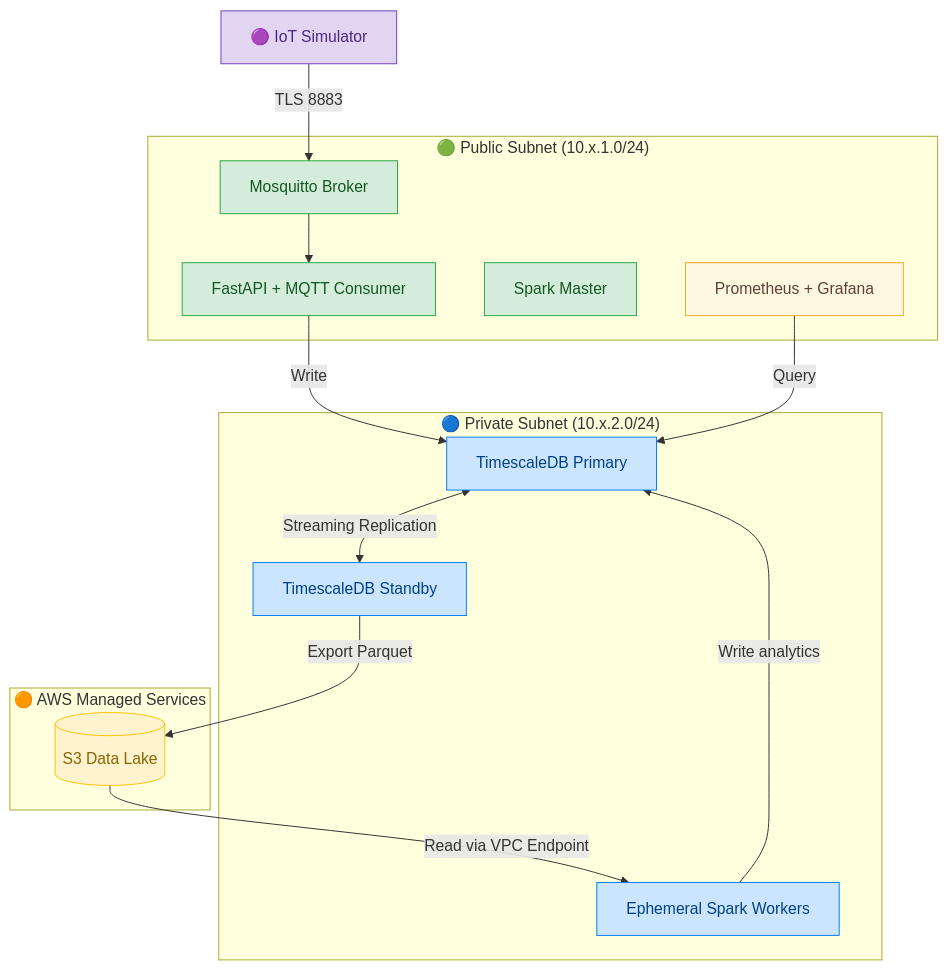
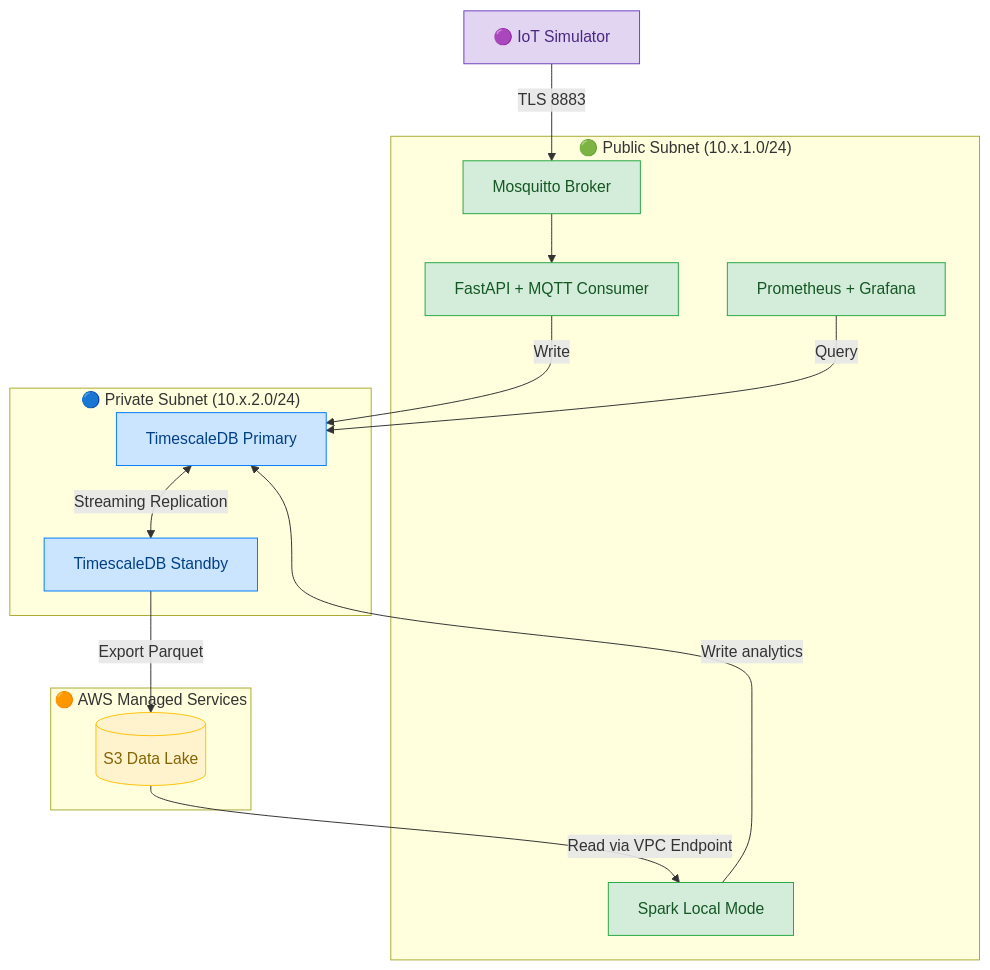
One commit to luqman126/factory-telemetry changed the second of 2 diagrams in README.md. Above: the diagram before and after it, drawn with Mermaid. The commit also changed other lines of this file and 2 other files, not shown here.

````diff
--- a/README.md
+++ b/README.md
@@ -100,39 +109,35 @@
 ```mermaid
 graph TD
     subgraph pub["🟢 Public Subnet (10.x.1.0/24)"]
         A[FastAPI + MQTT Consumer]
         B[Mosquitto Broker]
-        C[Spark Master]
+        C[Spark Local Mode]
         D[Prometheus + Grafana]
     end
 
     subgraph priv["🔵 Private Subnet (10.x.2.0/24)"]
         E[TimescaleDB Primary] <-->|Streaming Replication| F[TimescaleDB Standby]
-        G[Ephemeral Spark Workers]
     end
 
     subgraph aws["🟠 AWS Managed Services"]
         S3[(S3 Data Lake)]
     end
 
     Edge[🟣 IoT Simulator] -->|TLS 8883| B
     B --> A
     A -->|Write| E
     F -->|Export Parquet| S3
-    S3 -->|Read via VPC Endpoint| G
-    G -->|Write analytics| E
+    S3 -->|Read via VPC Endpoint| C
+    C -->|Write analytics| E
     D -->|Query| E
 
     classDef public fill:#d4edda,stroke:#28a745,color:#155724
     classDef private fill:#cce5ff,stroke:#007bff,color:#004085
     classDef awsService fill:#fff3cd,stroke:#ffc107,color:#856404
     classDef edge fill:#e2d5f1,stroke:#6f42c1,color:#4a2882
-    classDef monitor fill:#fff8e1,stroke:#f9a825,color:#5d4037
 
-    class A,B,C public
-    class D monitor
+    class A,B,C,D public
     class E,F private
-    class G private
     class S3 awsService
     class Edge edge
 ```
````
